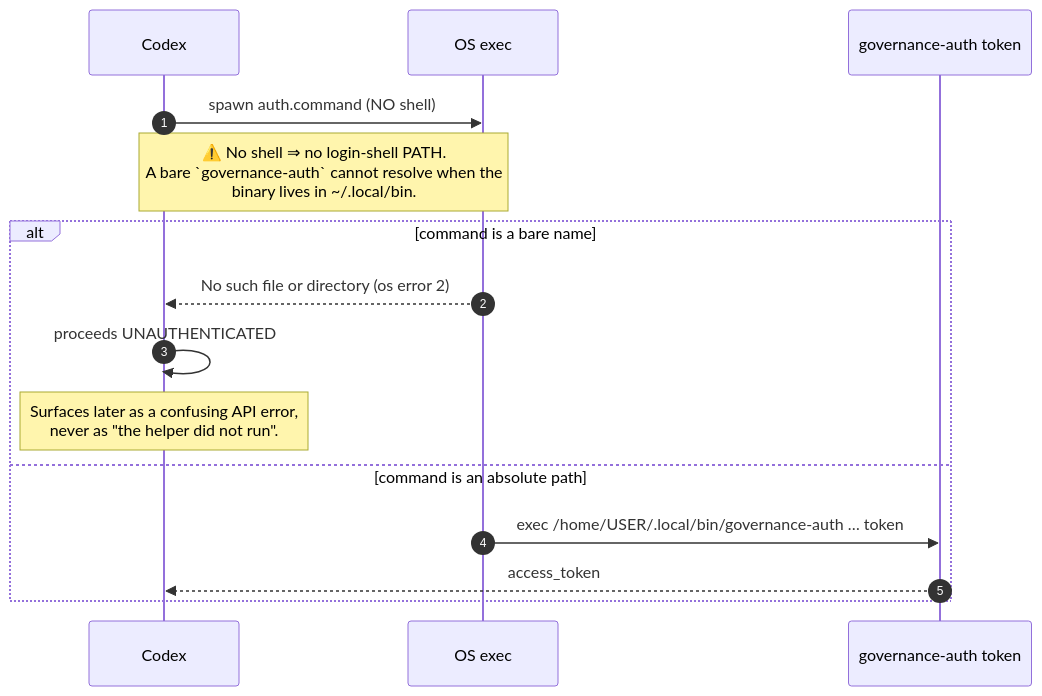
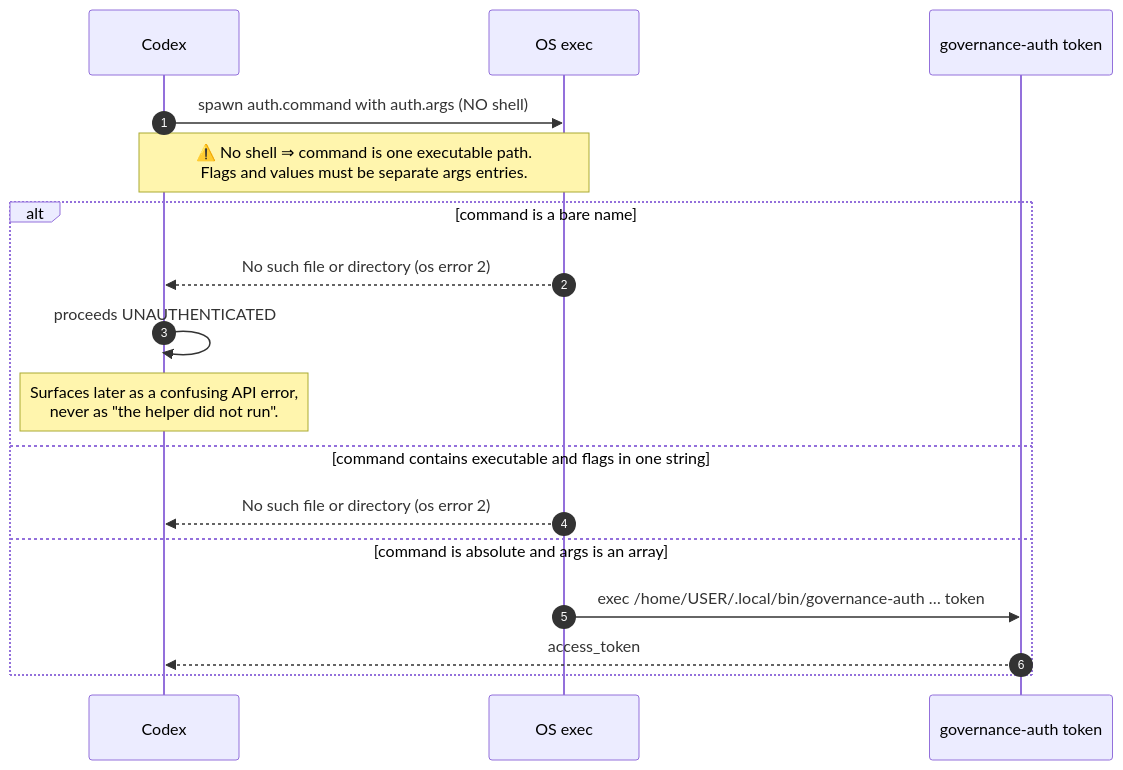
One commit to ADORSYS-GIS/lightbridge-governance changed the third of 10 diagrams in docs/integrations/ai-client-flows.md. Above: the diagram before and after it, drawn with Mermaid. The commit also changed other lines of this file and 47 other files, not shown here.

Commit message:
fix(governance-auth): harden daemon export and Codex wiring

````diff
--- a/docs/integrations/ai-client-flows.md
+++ b/docs/integrations/ai-client-flows.md
@@ -100,19 +100,21 @@
 ```mermaid
 sequenceDiagram
     autonumber
     participant CX as Codex
     participant OS as OS exec
     participant ga as governance-auth token
 
-    CX->>OS: spawn auth.command (NO shell)
-    Note over CX,OS: ⚠️ No shell ⇒ no login-shell PATH.<br/>A bare `governance-auth` cannot resolve when the<br/>binary lives in ~/.local/bin.
+    CX->>OS: spawn auth.command with auth.args (NO shell)
+    Note over CX,OS: ⚠️ No shell ⇒ command is one executable path.<br/>Flags and values must be separate args entries.
 
     alt command is a bare name
         OS-->>CX: No such file or directory (os error 2)
         CX->>CX: proceeds UNAUTHENTICATED
         Note over CX: Surfaces later as a confusing API error,<br/>never as "the helper did not run".
-    else command is an absolute path
+    else command contains executable and flags in one string
+        OS-->>CX: No such file or directory (os error 2)
+    else command is absolute and args is an array
         OS->>ga: exec /home/USER/.local/bin/governance-auth … token
         ga-->>CX: access_token
     end
 ```
````
